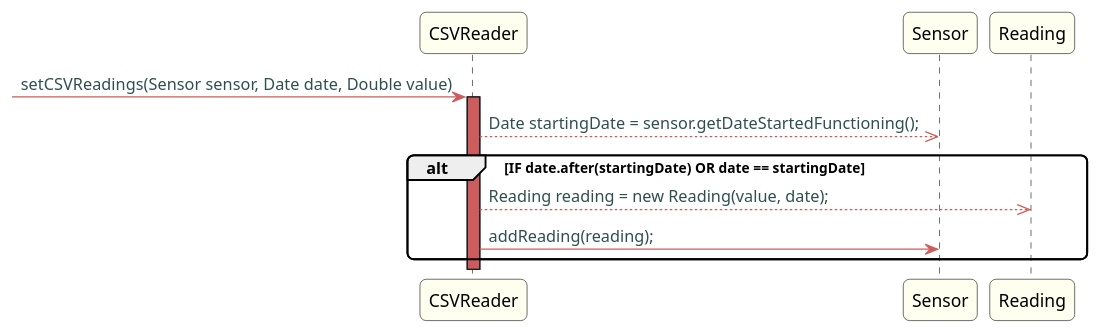
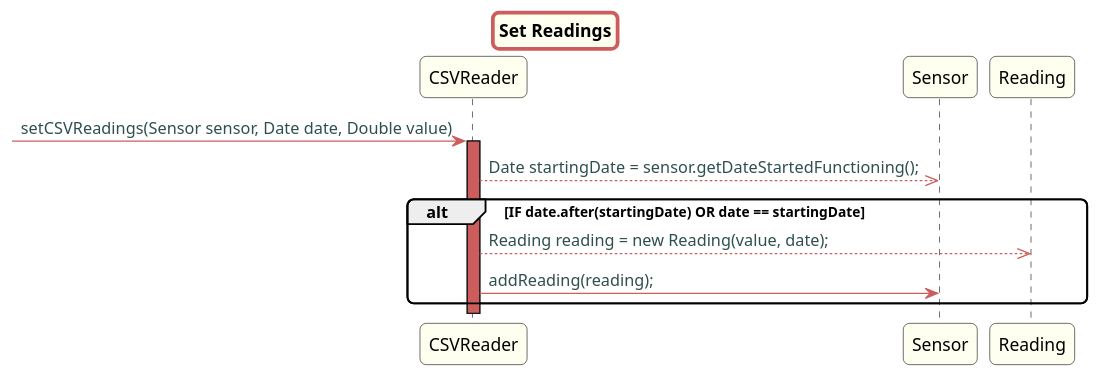
One commit to Almadanmp/project changed the diagram in src/doc/Controllers/HouseConfiguration/US20/US20SetReadings.puml. Above: the diagram before and after it, drawn with PlantUML. The commit also changed 12 other files, not shown here.

First line of the commit message:
ref #169 UML format update + readinglist and sensor tests added

```diff
--- a/src/doc/Controllers/HouseConfiguration/US20/US20SetReadings.puml
+++ b/src/doc/Controllers/HouseConfiguration/US20/US20SetReadings.puml
@@ -1,42 +1,44 @@
 @startuml
+
+title Set Readings
 
 skinparam titleBorderRoundCorner 10
 skinparam titleBorderThickness 3
 skinparam titleBorderColor indianred
 skinparam titleBackgroundColor ivory
 skinparam FontName quicksand
 
 skinparam actor {
  	BorderColor indianred
  	}
 
  skinparam sequence {
  	LifeLineBackgroundColor indianred
  	ParticipantBackgroundColor ivory
  }
 
  skinparam roundcorner 10
 
  skinparam component {
    arrowThickness 1
    ArrowFontName Verdana
    ArrowColor indianred
    ArrowFontColor darkslategrey
  }
 
 
 
 -> CSVReader: setCSVReadings(Sensor sensor, Date date, Double value)
 activate CSVReader
 CSVReader -->> Sensor: Date startingDate = sensor.getDateStartedFunctioning();
 alt IF date.after(startingDate) OR date == startingDate
 
 CSVReader -->> Reading: Reading reading = new Reading(value, date);
 CSVReader -> Sensor: addReading(reading);
 
 
 end
 
 
 
 @enduml
```
